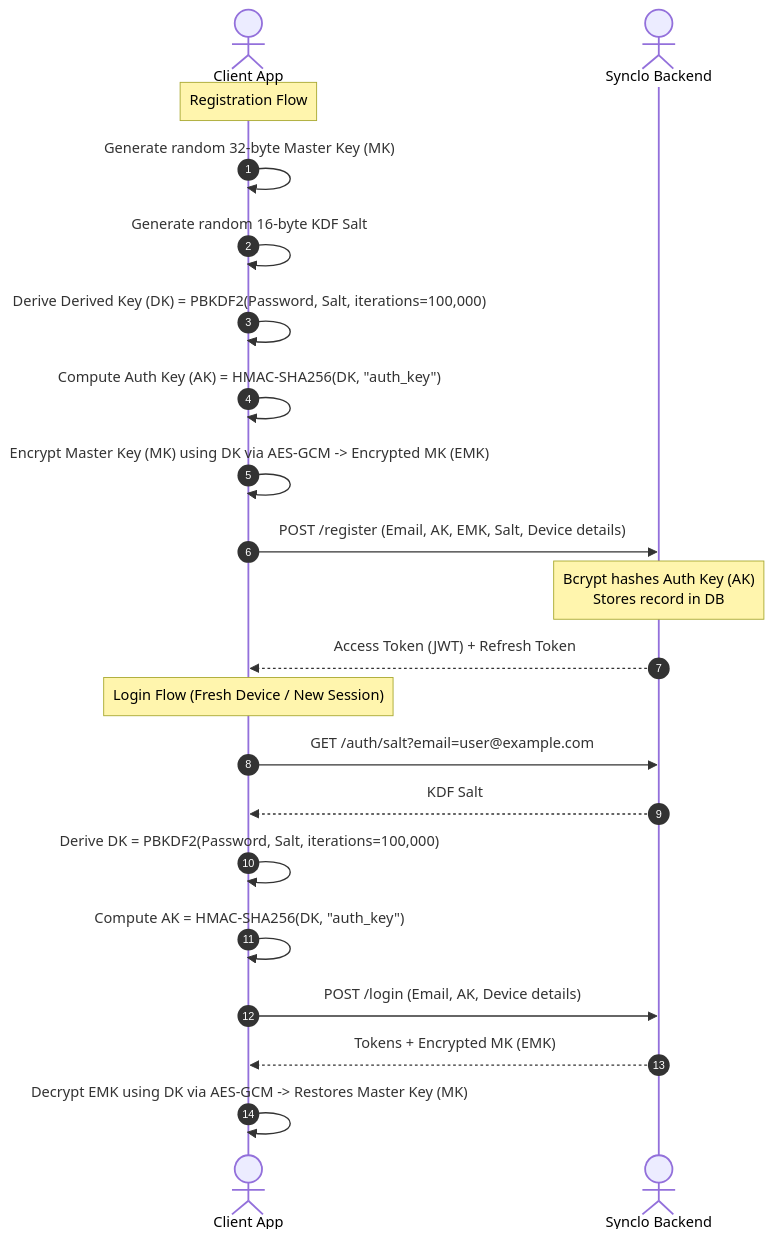
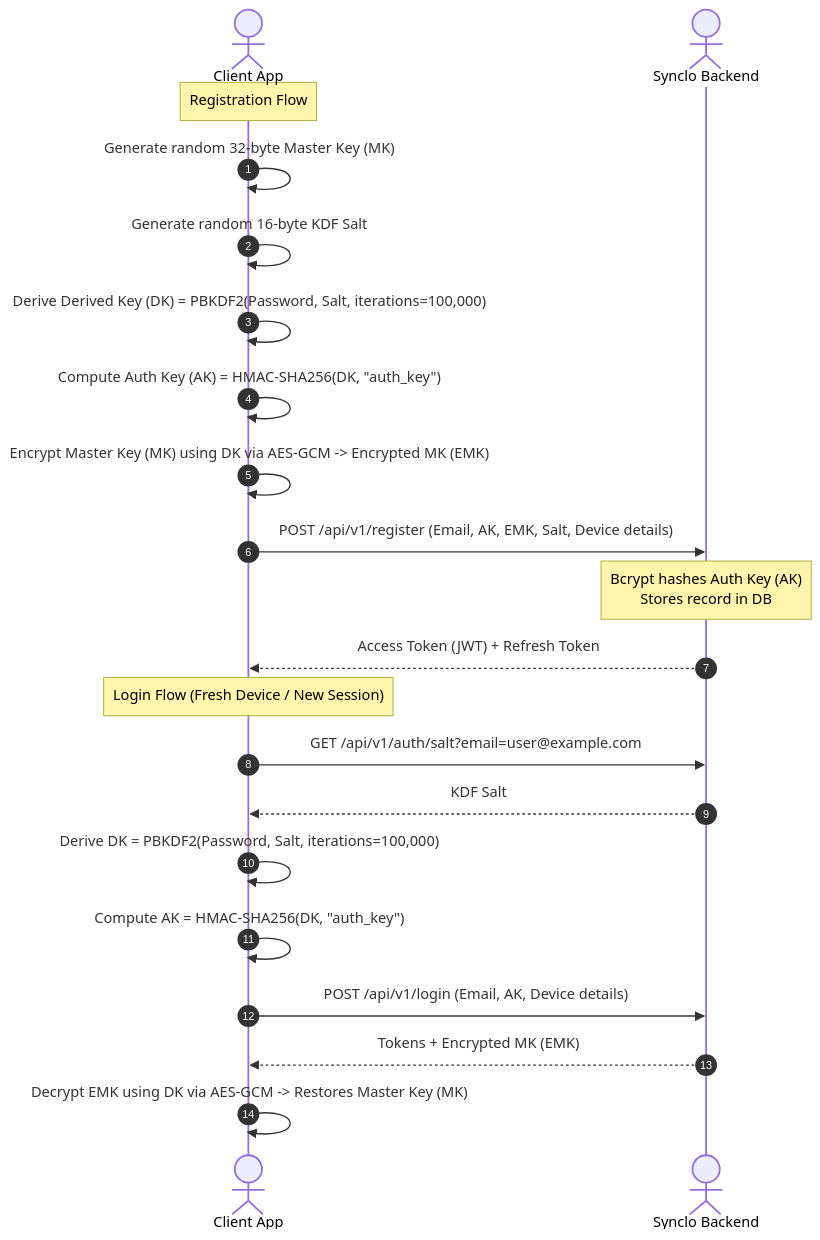
The second of 2 diagrams in ARCHITECTURE.md (zyr-ux/Synclo-Backend), drawn with Mermaid before and after one commit. The commit also changed other lines of this file and 1 other file, not shown here.

````diff
--- a/ARCHITECTURE.md
+++ b/ARCHITECTURE.md
@@ -64,25 +64,25 @@
 ```mermaid
 sequenceDiagram
     autonumber
     actor Client as Client App
     actor Server as Synclo Backend
     
     Note over Client: Registration Flow
     Client->>Client: Generate random 32-byte Master Key (MK)
     Client->>Client: Generate random 16-byte KDF Salt
     Client->>Client: Derive Derived Key (DK) = PBKDF2(Password, Salt, iterations=100,000)
     Client->>Client: Compute Auth Key (AK) = HMAC-SHA256(DK, "auth_key")
     Client->>Client: Encrypt Master Key (MK) using DK via AES-GCM -> Encrypted MK (EMK)
-    Client->>Server: POST /register (Email, AK, EMK, Salt, Device details)
+    Client->>Server: POST /api/v1/register (Email, AK, EMK, Salt, Device details)
     Note over Server: Bcrypt hashes Auth Key (AK)<br/>Stores record in DB
     Server-->>Client: Access Token (JWT) + Refresh Token
     
     Note over Client: Login Flow (Fresh Device / New Session)
-    Client->>Server: GET /auth/salt?email=user@example.com
+    Client->>Server: GET /api/v1/auth/salt?email=user@example.com
     Server-->>Client: KDF Salt
     Client->>Client: Derive DK = PBKDF2(Password, Salt, iterations=100,000)
     Client->>Client: Compute AK = HMAC-SHA256(DK, "auth_key")
-    Client->>Server: POST /login (Email, AK, Device details)
+    Client->>Server: POST /api/v1/login (Email, AK, Device details)
     Server-->>Client: Tokens + Encrypted MK (EMK)
     Client->>Client: Decrypt EMK using DK via AES-GCM -> Restores Master Key (MK)
 ```
````
